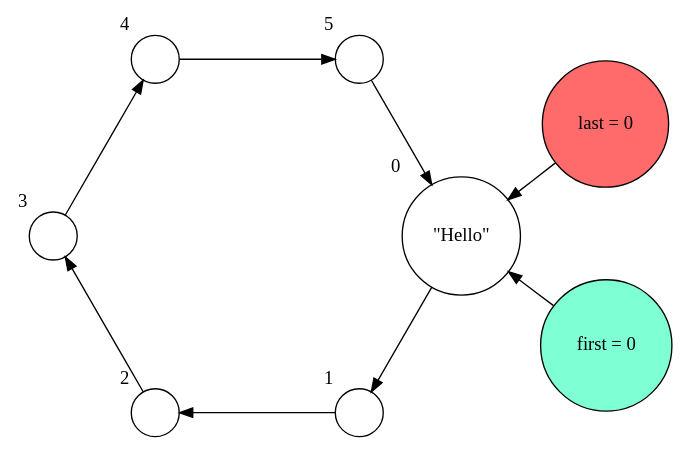
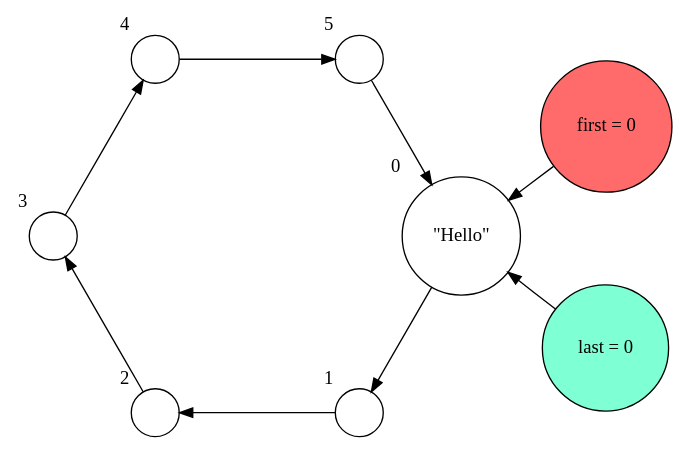
The first of 5 diagrams in ueb09/doc/doc.adoc (flohero/swo-exercise), drawn with Graphviz before and after one commit. The commit also changed other lines of this file and 2 other files, not shown here.

```diff
--- a/ueb09/doc/doc.adoc
+++ b/ueb09/doc/doc.adoc
@@ -41,21 +41,21 @@
 [graphviz,width=400]
 ----
 digraph g1 {
     layout="circo";
     forcelabels=true;
     node [shape = circle];
     N0 [xlabel="0", label="\"Hello\""]
     N1 [xlabel="1", label=""]
     N2 [xlabel="2", label=""]
     N3 [xlabel="3", label=""]
     N4 [xlabel="4", label=""]
     N5 [xlabel="5", label=""]
 
     N0 -> N1 -> N2 -> N3 -> N4 -> N5 -> N0;
 
-    first [fillcolor = aquamarine, style=filled, label="first = 0"];
-    last [fillcolor = indianred1, style=filled, label="last = 0"];
+    last [fillcolor = aquamarine, style=filled, label="last = 0"];
+    first [fillcolor = indianred1, style=filled, label="first = 0"];
+    last -> N0;
     first -> N0;
-    last -> N0;
 }
 ----
```
